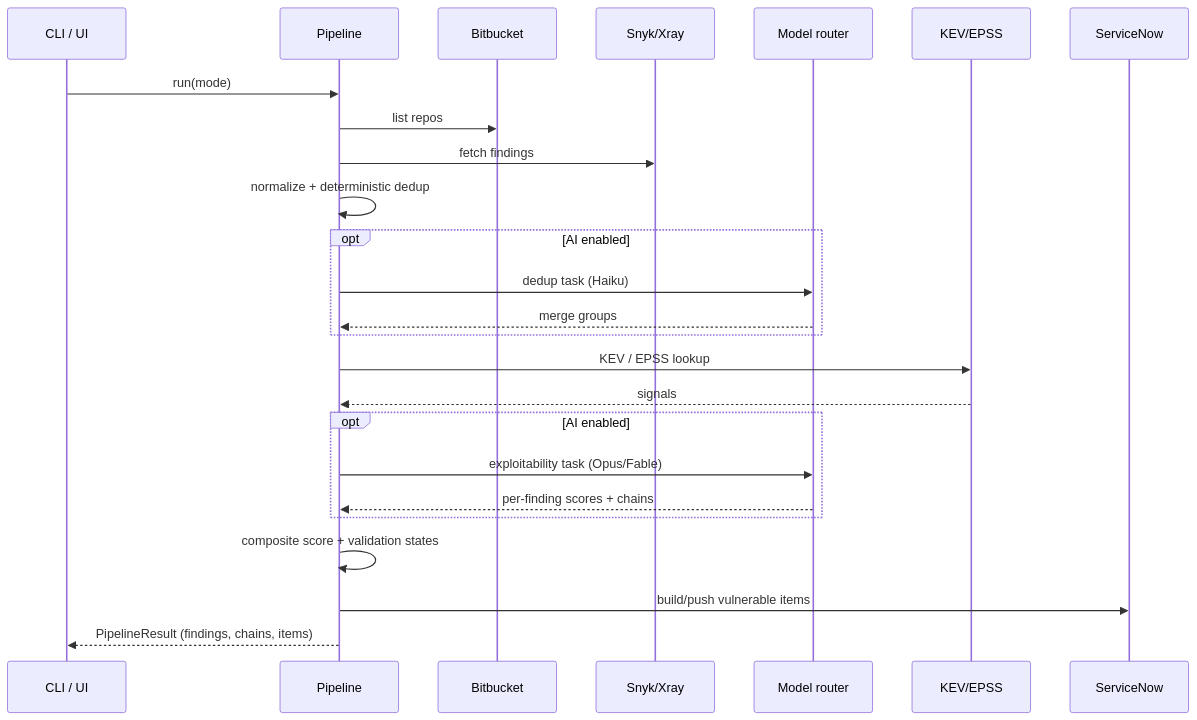
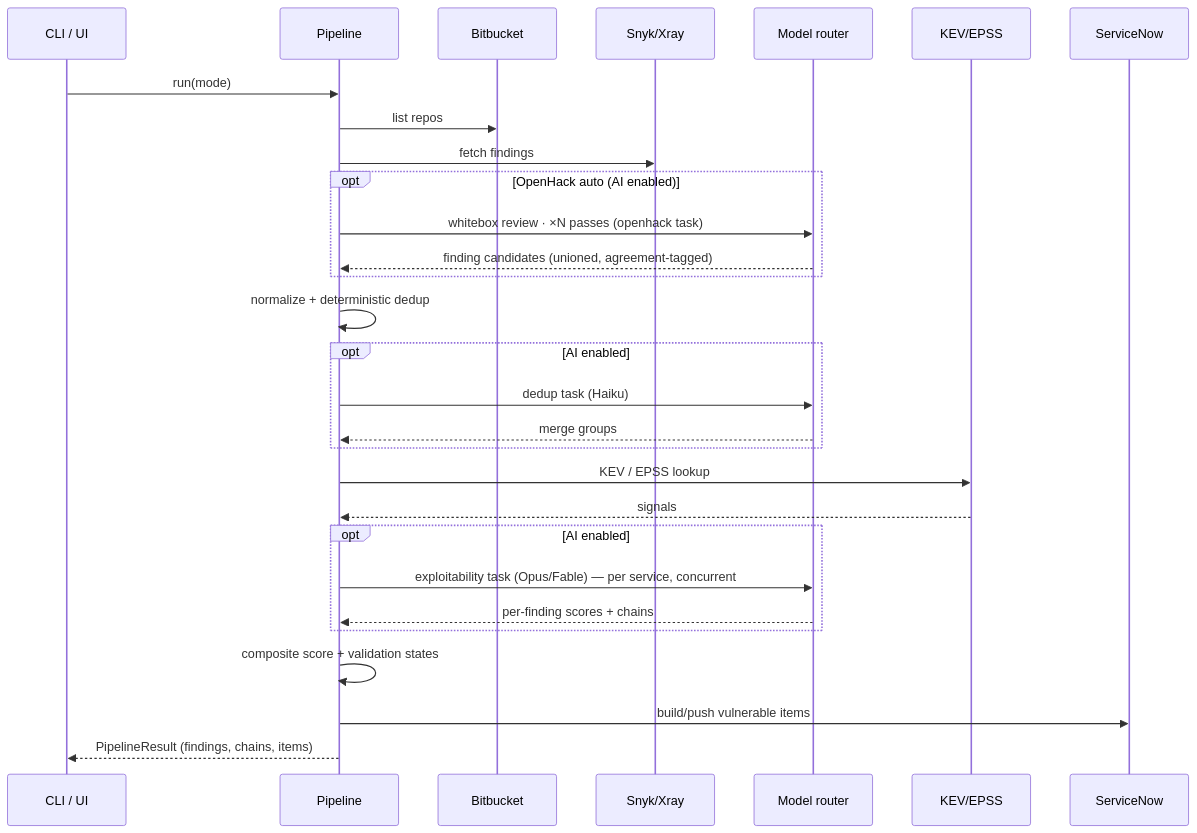
Before and after one commit to mfmiguez-oss/codescan: the second of 2 diagrams in docs/DESIGN.md, drawn with Mermaid. The commit also changed other lines of this file and 6 other files, not shown here.

First line of the commit message:
docs: update architecture diagram + design doc for this session's changes

````diff
--- a/docs/DESIGN.md
+++ b/docs/DESIGN.md
@@ -410,28 +452,32 @@
 ```mermaid
 sequenceDiagram
   participant CLI as CLI / UI
   participant P as Pipeline
   participant BB as Bitbucket
   participant SC as Snyk/Xray
   participant LLM as Model router
   participant EN as KEV/EPSS
   participant SN as ServiceNow
 
   CLI->>P: run(mode)
   P->>BB: list repos
   P->>SC: fetch findings
+  opt OpenHack auto (AI enabled)
+    P->>LLM: whitebox review · ×N passes (openhack task)
+    LLM-->>P: finding candidates (unioned, agreement-tagged)
+  end
   P->>P: normalize + deterministic dedup
   opt AI enabled
     P->>LLM: dedup task (Haiku)
     LLM-->>P: merge groups
   end
   P->>EN: KEV / EPSS lookup
   EN-->>P: signals
   opt AI enabled
-    P->>LLM: exploitability task (Opus/Fable)
+    P->>LLM: exploitability task (Opus/Fable) — per service, concurrent
     LLM-->>P: per-finding scores + chains
   end
   P->>P: composite score + validation states
   P->>SN: build/push vulnerable items
   P-->>CLI: PipelineResult (findings, chains, items)
 ```
````
